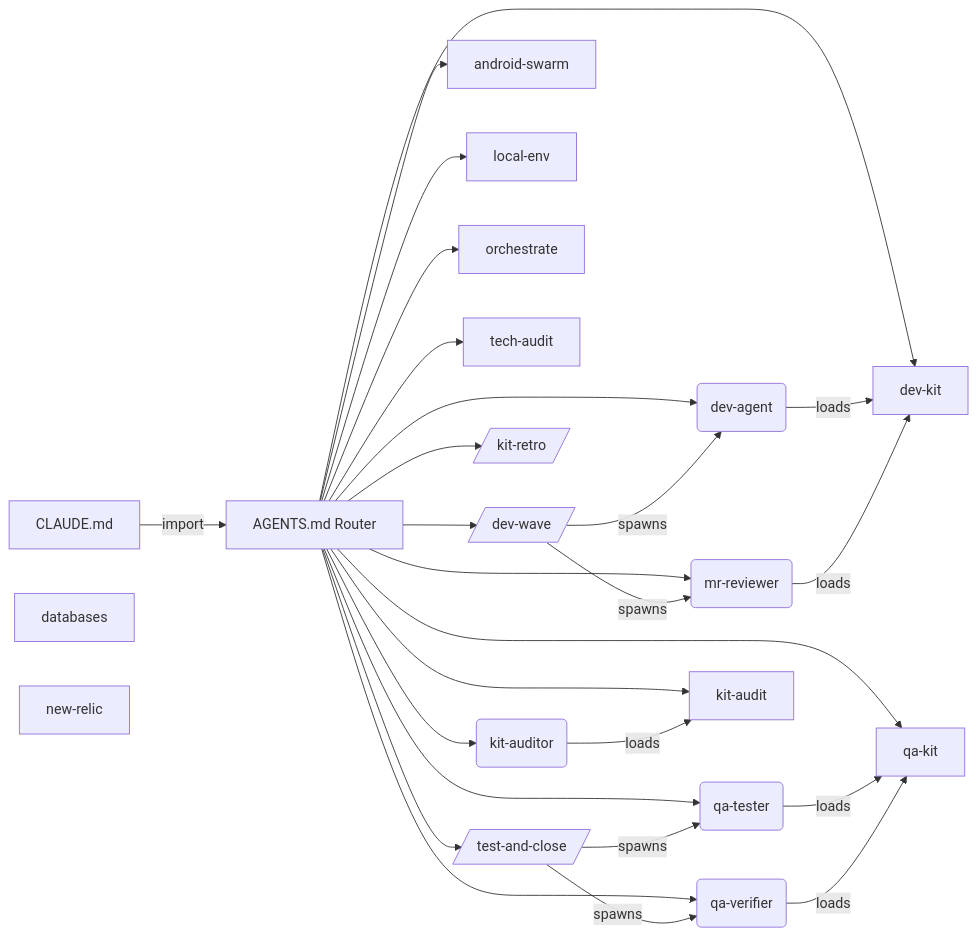
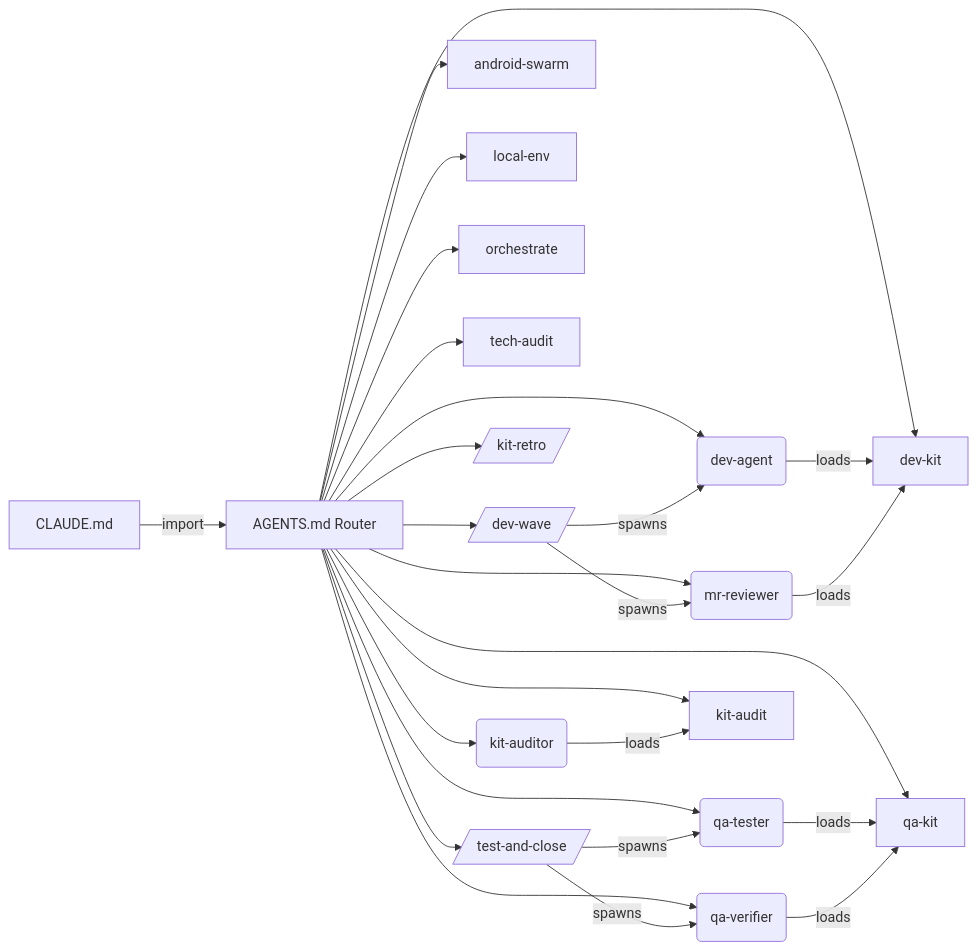
Before and after one commit to prskid1000/claude-crew: the first of 12 diagrams in README.md, drawn with Mermaid. The commit also changed other lines of this file and 28 other files, not shown here.

````diff
--- a/README.md
+++ b/README.md
@@ -73,45 +75,43 @@
 ```mermaid
 flowchart LR
   CLAUDE_md[CLAUDE.md] -->|import| AGENTS_md[AGENTS.md Router]
   agents_dev_agent_md(dev-agent)
   agents_kit_auditor_md(kit-auditor)
   agents_mr_reviewer_md(mr-reviewer)
   agents_qa_tester_md(qa-tester)
   agents_qa_verifier_md(qa-verifier)
   skills_android_swarm_SKILL_md[android-swarm]
-  skills_databases_SKILL_md[databases]
   skills_dev_kit_SKILL_md[dev-kit]
   skills_kit_audit_SKILL_md[kit-audit]
   skills_local_env_SKILL_md[local-env]
-  skills_new_relic_SKILL_md[new-relic]
   skills_orchestrate_SKILL_md[orchestrate]
   skills_qa_kit_SKILL_md[qa-kit]
   skills_tech_audit_SKILL_md[tech-audit]
   workflows_dev_wave_js[/dev-wave/]
   workflows_kit_retro_js[/kit-retro/]
   workflows_test_and_close_js[/test-and-close/]
   AGENTS_md --> agents_dev_agent_md
   AGENTS_md --> agents_kit_auditor_md
   AGENTS_md --> agents_mr_reviewer_md
   AGENTS_md --> agents_qa_tester_md
   AGENTS_md --> agents_qa_verifier_md
   AGENTS_md --> skills_android_swarm_SKILL_md
   AGENTS_md --> skills_dev_kit_SKILL_md
   AGENTS_md --> skills_kit_audit_SKILL_md
   AGENTS_md --> skills_local_env_SKILL_md
   AGENTS_md --> skills_orchestrate_SKILL_md
   AGENTS_md --> skills_qa_kit_SKILL_md
   AGENTS_md --> skills_tech_audit_SKILL_md
   AGENTS_md --> workflows_dev_wave_js
   AGENTS_md --> workflows_kit_retro_js
   AGENTS_md --> workflows_test_and_close_js
   workflows_dev_wave_js -->|spawns| agents_dev_agent_md
   workflows_dev_wave_js -->|spawns| agents_mr_reviewer_md
   workflows_test_and_close_js -->|spawns| agents_qa_tester_md
   workflows_test_and_close_js -->|spawns| agents_qa_verifier_md
   agents_dev_agent_md -->|loads| skills_dev_kit_SKILL_md
   agents_kit_auditor_md -->|loads| skills_kit_audit_SKILL_md
   agents_mr_reviewer_md -->|loads| skills_dev_kit_SKILL_md
   agents_qa_tester_md -->|loads| skills_qa_kit_SKILL_md
   agents_qa_verifier_md -->|loads| skills_qa_kit_SKILL_md
 ```
````
